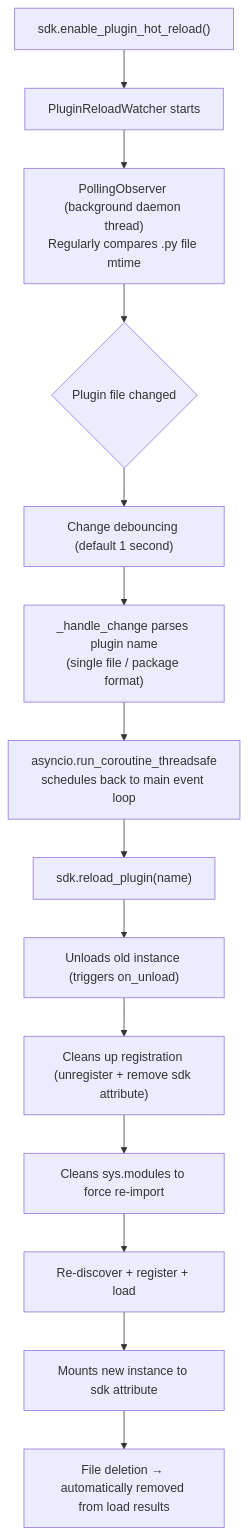
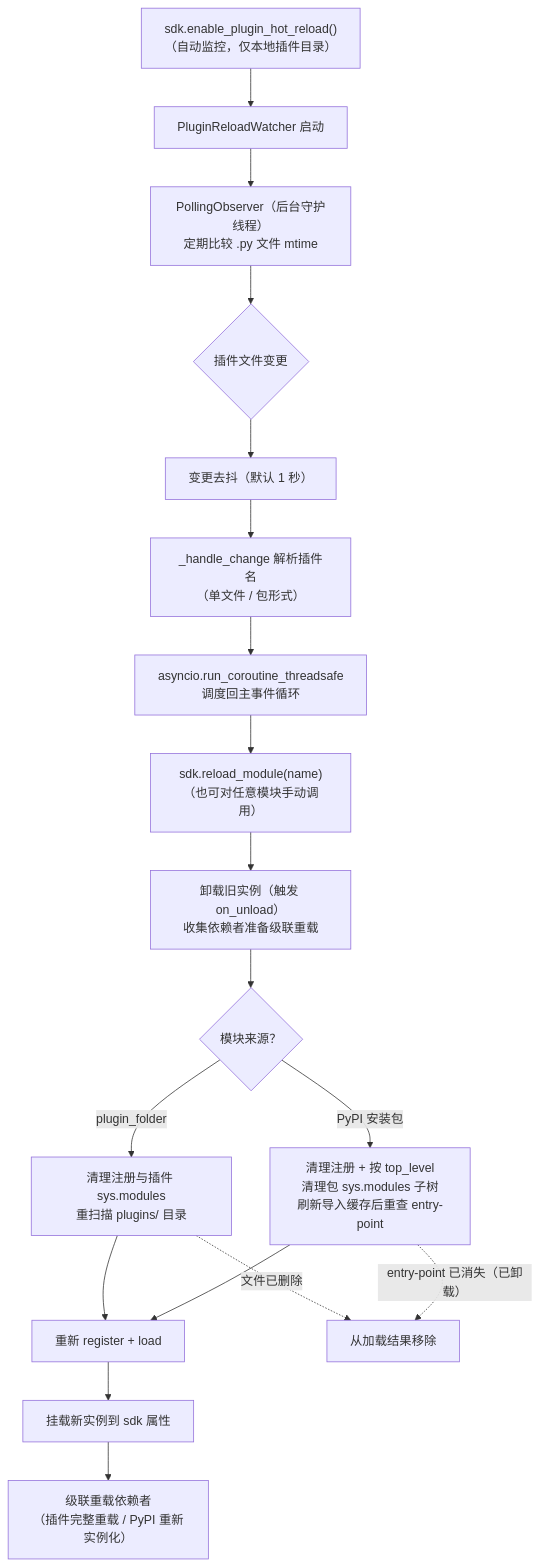
One commit to ErisPulse/ErisPulse changed the ninth of 9 diagrams in docs/en/architecture.md. Above: the diagram before and after it, drawn with Mermaid. The commit also changed other lines of this file and 91 other files, not shown here.

````diff
--- a/docs/en/architecture.md
+++ b/docs/en/architecture.md
@@ -289,16 +289,20 @@
 ```mermaid
 flowchart TD
-    A["sdk.enable_plugin_hot_reload()"] --> B["PluginReloadWatcher starts"]
-    B --> C["PollingObserver (background daemon thread)<br/>Regularly compares .py file mtime"]
-    C --> D{"Plugin file changed"}
-    D --> E["Change debouncing (default 1 second)"]
-    E --> F["_handle_change parses plugin name<br/>(single file / package format)"]
-    F --> G["asyncio.run_coroutine_threadsafe<br/>schedules back to main event loop"]
-    G --> H["sdk.reload_plugin(name)"]
-    H --> I["Unloads old instance (triggers on_unload)"]
-    I --> J["Cleans up registration (unregister + remove sdk attribute)"]
-    J --> K["Cleans sys.modules to force re-import"]
-    K --> L["Re-discover + register + load"]
-    L --> M["Mounts new instance to sdk attribute"]
-    M --> N["File deletion → automatically removed from load results"]
+    A["sdk.enable_plugin_hot_reload()<br/>（自动监控，仅本地插件目录）"] --> B["PluginReloadWatcher 启动"]
+    B --> C["PollingObserver（后台守护线程）<br/>定期比较 .py 文件 mtime"]
+    C --> D{"插件文件变更"}
+    D --> E["变更去抖（默认 1 秒）"]
+    E --> F["_handle_change 解析插件名<br/>（单文件 / 包形式）"]
+    F --> G["asyncio.run_coroutine_threadsafe<br/>调度回主事件循环"]
+    G --> H["sdk.reload_module(name)<br/>（也可对任意模块手动调用）"]
+    H --> I["卸载旧实例（触发 on_unload）<br/>收集依赖者准备级联重载"]
+    I --> J{"模块来源？"}
+    J -->|"plugin_folder"| K["清理注册与插件 sys.modules<br/>重扫描 plugins/ 目录"]
+    J -->|"PyPI 安装包"| L["清理注册 + 按 top_level<br/>清理包 sys.modules 子树<br/>刷新导入缓存后重查 entry-point"]
+    K --> M["重新 register + load"]
+    L --> M
+    M --> N["挂载新实例到 sdk 属性"]
+    N --> O["级联重载依赖者<br/>（插件完整重载 / PyPI 重新实例化）"]
+    K -.->|"文件已删除"| P["从加载结果移除"]
+    L -.->|"entry-point 已消失（已卸载）"| P
 ```
````
